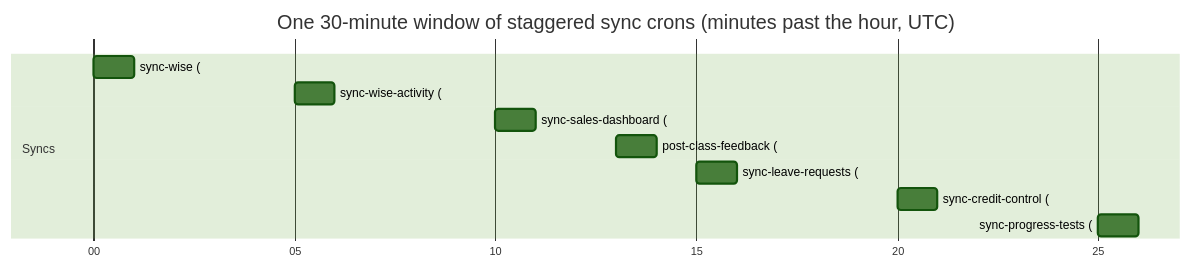
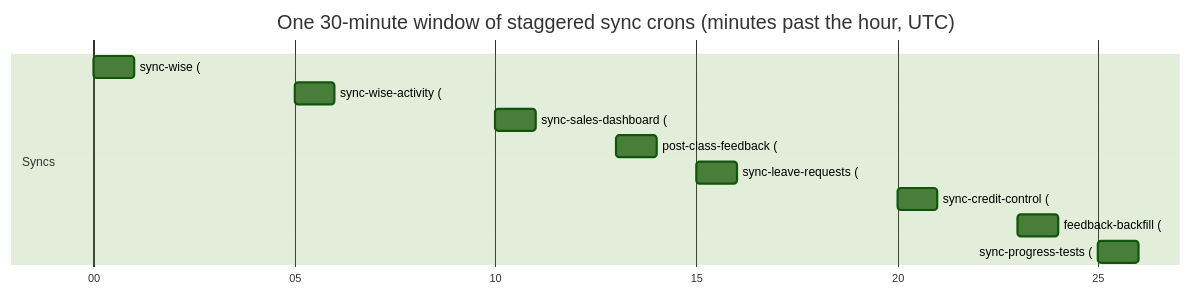
Before and after one commit to kasheesh711/bgscheduler: the diagram in docs/reference/crons.md, drawn with Mermaid (forest theme). The commit also changed other lines of this file and 8 other files, not shown here.

````diff
--- a/docs/reference/crons.md
+++ b/docs/reference/crons.md
@@ -35,14 +35,15 @@
 ```mermaid
 gantt
     title One 30-minute window of staggered sync crons (minutes past the hour, UTC)
     dateFormat m
     axisFormat %M
     section Syncs
     sync-wise (:00)            :a1, 0, 1m
     sync-wise-activity (:05)   :a2, 5, 1m
     sync-sales-dashboard (:10) :a3, 10, 1m
     post-class-feedback (:13)  :a4, 13, 1m
     sync-leave-requests (:15)  :a5, 15, 1m
     sync-credit-control (:20)  :a6, 20, 1m
-    sync-progress-tests (:25)  :a7, 25, 1m
+    feedback-backfill (:23)    :a7, 23, 1m
+    sync-progress-tests (:25)  :a8, 25, 1m
 ```
````
